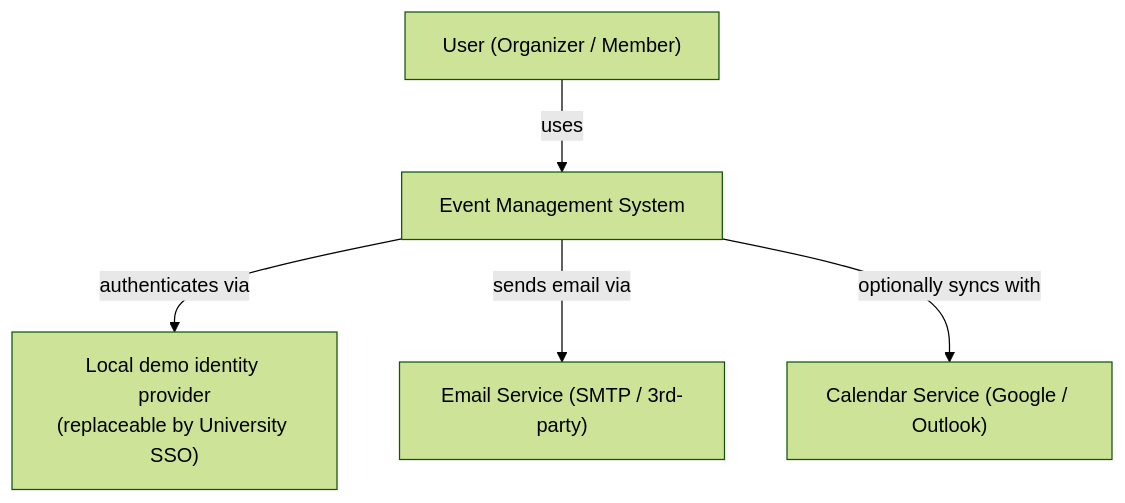
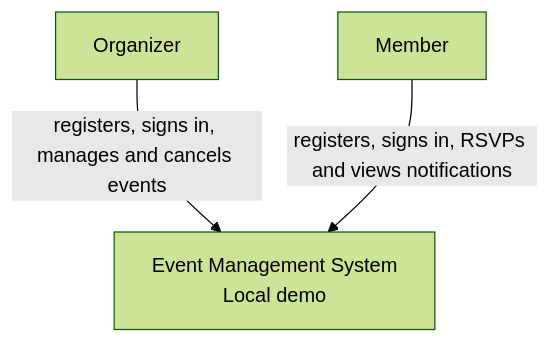
The first of 5 diagrams in README.md (JMorency13/cen5064-project-morency), drawn with Mermaid (forest theme) before and after one commit. The commit also changed other lines of this file and 11 other files, not shown here.

````diff
--- a/README.md
+++ b/README.md
@@ -73,7 +72,5 @@
 ```mermaid
 flowchart TB
-  user["User (Organizer / Member)"] -->|uses| system["Event Management System"]
-  system -->|authenticates via| auth["Local demo identity provider<br/>(replaceable by University SSO)"]
-  system -->|sends email via| email["Email Service (SMTP / 3rd-party)"]
-  system -->|optionally syncs with| calendar["Calendar Service (Google / Outlook)"]
+  organizer["Organizer"] -->|registers, signs in, manages and cancels events| system["Event Management System<br/>Local demo"]
+  member["Member"] -->|registers, signs in, RSVPs and views notifications| system
 ```
````
